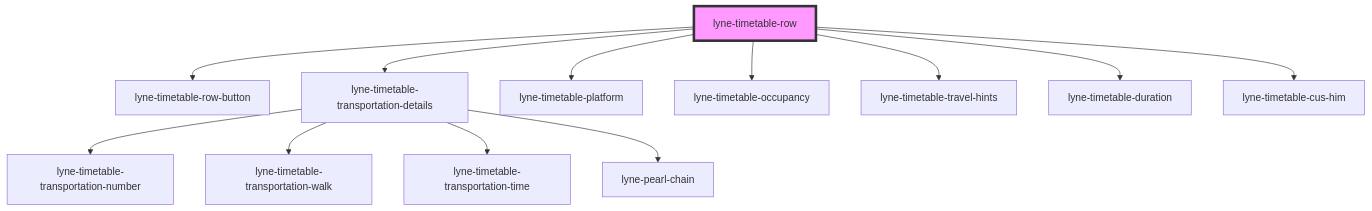
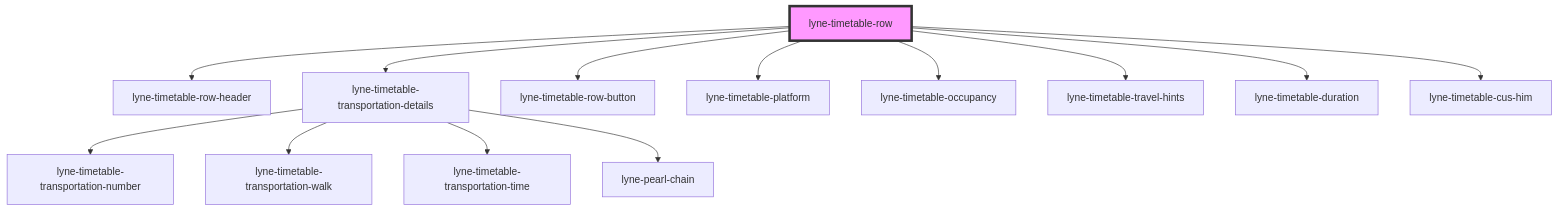
Before and after one commit to sbb-design-systems/lyne-components: the diagram in src/components/lyne-timetable-row/readme.md, drawn with Mermaid. The commit also changed other lines of this file and 26 other files, not shown here.

````diff
--- a/src/components/lyne-timetable-row/readme.md
+++ b/src/components/lyne-timetable-row/readme.md
@@ -28,15 +29,16 @@
 ```mermaid
 graph TD;
+  lyne-timetable-row --> lyne-timetable-row-header
+  lyne-timetable-row --> lyne-timetable-transportation-details
   lyne-timetable-row --> lyne-timetable-row-button
-  lyne-timetable-row --> lyne-timetable-transportation-details
   lyne-timetable-row --> lyne-timetable-platform
   lyne-timetable-row --> lyne-timetable-occupancy
   lyne-timetable-row --> lyne-timetable-travel-hints
   lyne-timetable-row --> lyne-timetable-duration
   lyne-timetable-row --> lyne-timetable-cus-him
   lyne-timetable-transportation-details --> lyne-timetable-transportation-number
   lyne-timetable-transportation-details --> lyne-timetable-transportation-walk
   lyne-timetable-transportation-details --> lyne-timetable-transportation-time
   lyne-timetable-transportation-details --> lyne-pearl-chain
   style lyne-timetable-row fill:#f9f,stroke:#333,stroke-width:4px
 ```
````
